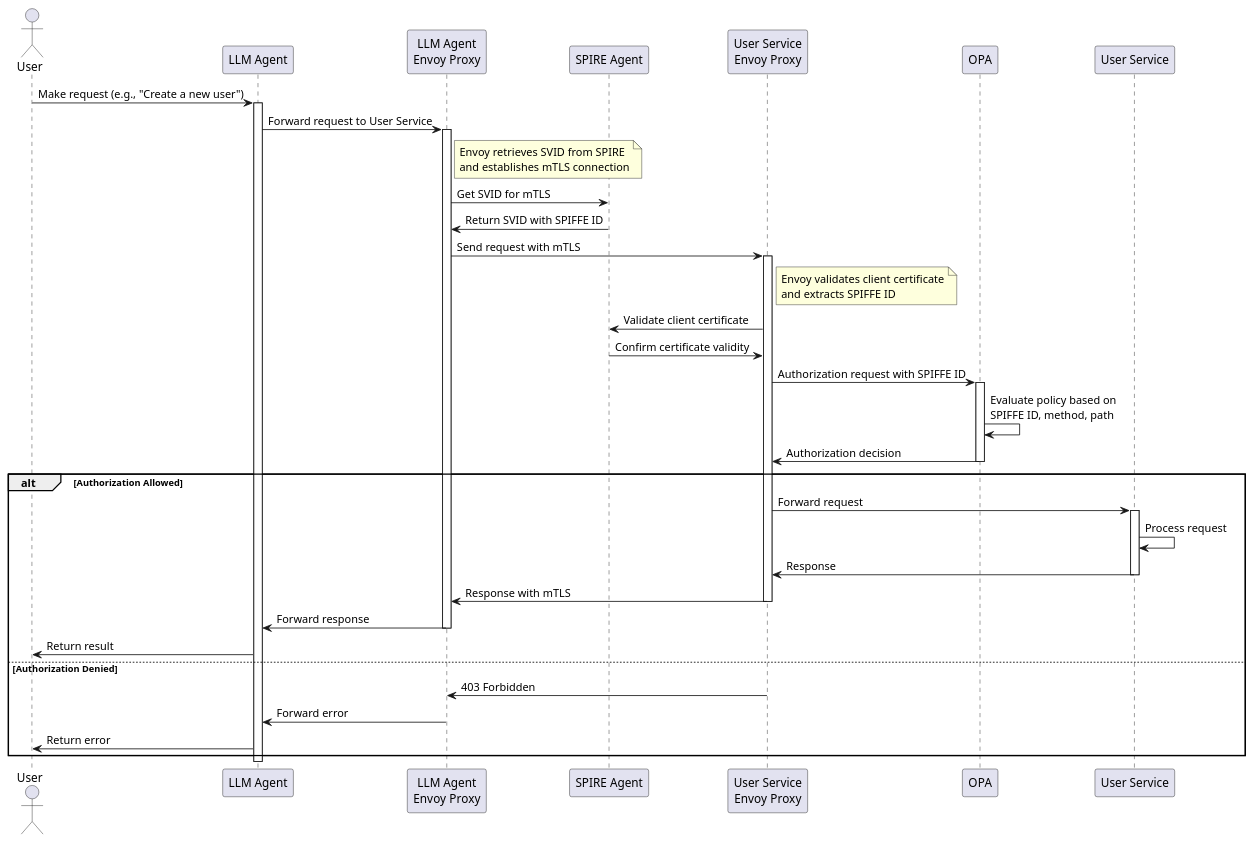
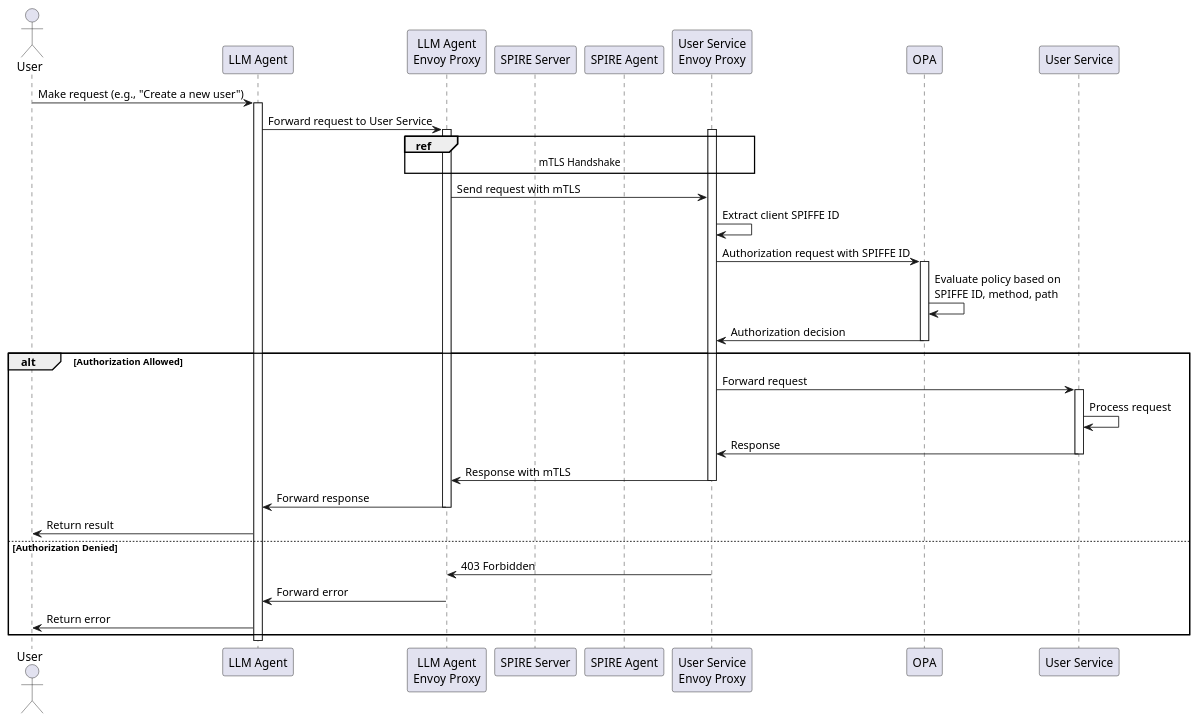
One commit to phuongbv00/workload-iam-poc changed the diagram in docs/usecase-flow.puml. Above: the diagram before and after it, drawn with PlantUML. The commit also changed 2 other files, not shown here.

```diff
--- a/docs/usecase-flow.puml
+++ b/docs/usecase-flow.puml
@@ -1,61 +1,53 @@
 @startuml Usecase Flow
 
 actor "User" as user
 participant "LLM Agent" as llm_agent
 participant "LLM Agent\nEnvoy Proxy" as llm_envoy
-participant "SPIRE Agent" as spire
+participant "SPIRE Server" as spire_server
+participant "SPIRE Agent" as spire_agent
 participant "User Service\nEnvoy Proxy" as user_envoy
 participant "OPA" as opa
 participant "User Service" as user_service
 
 user -> llm_agent: Make request (e.g., "Create a new user")
 activate llm_agent
 
 llm_agent -> llm_envoy: Forward request to User Service
 activate llm_envoy
 
-note right of llm_envoy
-  Envoy retrieves SVID from SPIRE
-  and establishes mTLS connection
-end note
+activate user_envoy
 
-llm_envoy -> spire: Get SVID for mTLS
-spire -> llm_envoy: Return SVID with SPIFFE ID
+ref over llm_envoy, user_envoy
+    mTLS Handshake
+end ref
 
 llm_envoy -> user_envoy: Send request with mTLS
-activate user_envoy
 
-note right of user_envoy
-  Envoy validates client certificate
-  and extracts SPIFFE ID
-end note
-
-user_envoy -> spire: Validate client certificate
-spire -> user_envoy: Confirm certificate validity
+user_envoy -> user_envoy: Extract client SPIFFE ID
 
 user_envoy -> opa: Authorization request with SPIFFE ID
 activate opa
 opa -> opa: Evaluate policy based on\nSPIFFE ID, method, path
 opa -> user_envoy: Authorization decision
 deactivate opa
 
 alt Authorization Allowed
     user_envoy -> user_service: Forward request
     activate user_service
     user_service -> user_service: Process request
     user_service -> user_envoy: Response
     deactivate user_service
     user_envoy -> llm_envoy: Response with mTLS
     deactivate user_envoy
     llm_envoy -> llm_agent: Forward response
     deactivate llm_envoy
     llm_agent -> user: Return result
 else Authorization Denied
     user_envoy -> llm_envoy: 403 Forbidden
     llm_envoy -> llm_agent: Forward error
     llm_agent -> user: Return error
 end
 
 deactivate llm_agent
 
 @enduml
```
